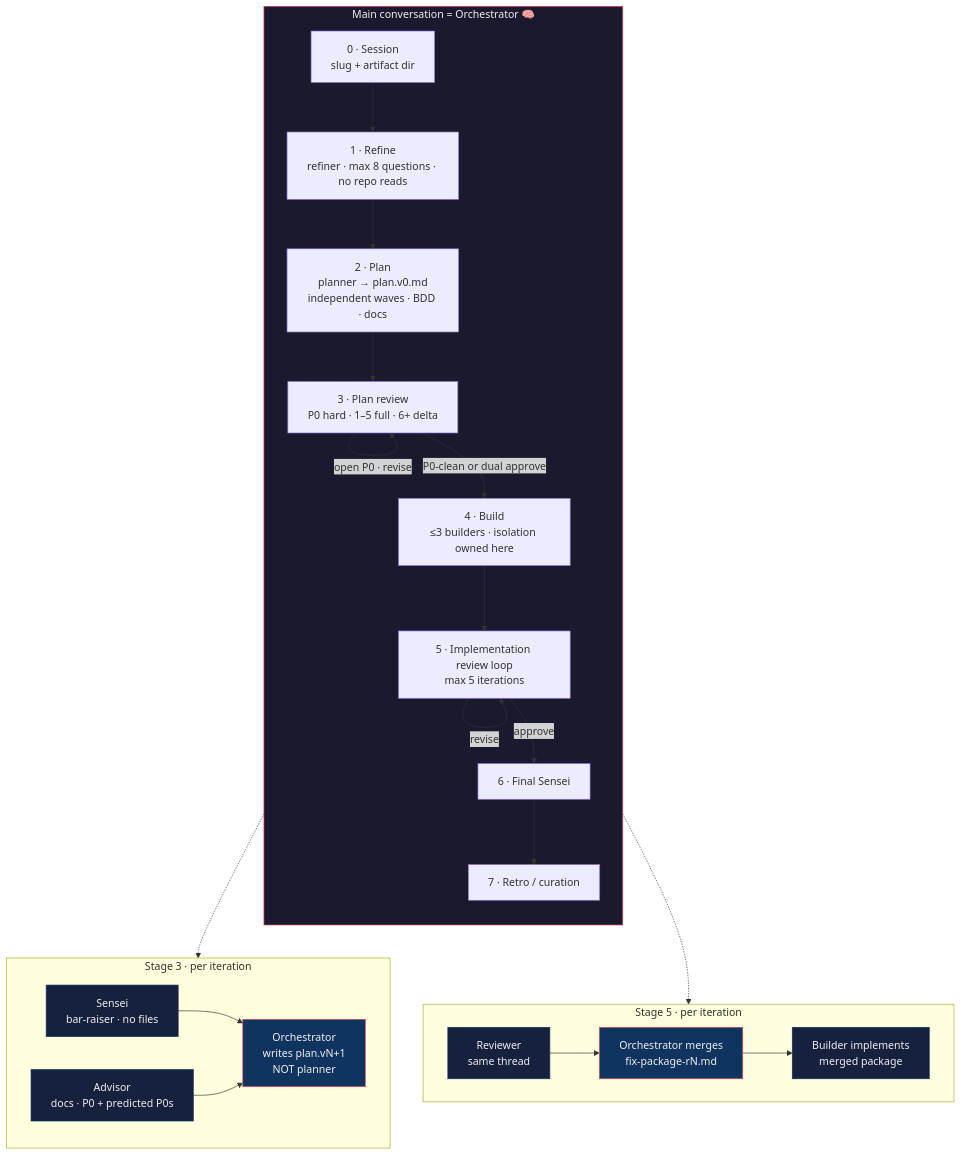
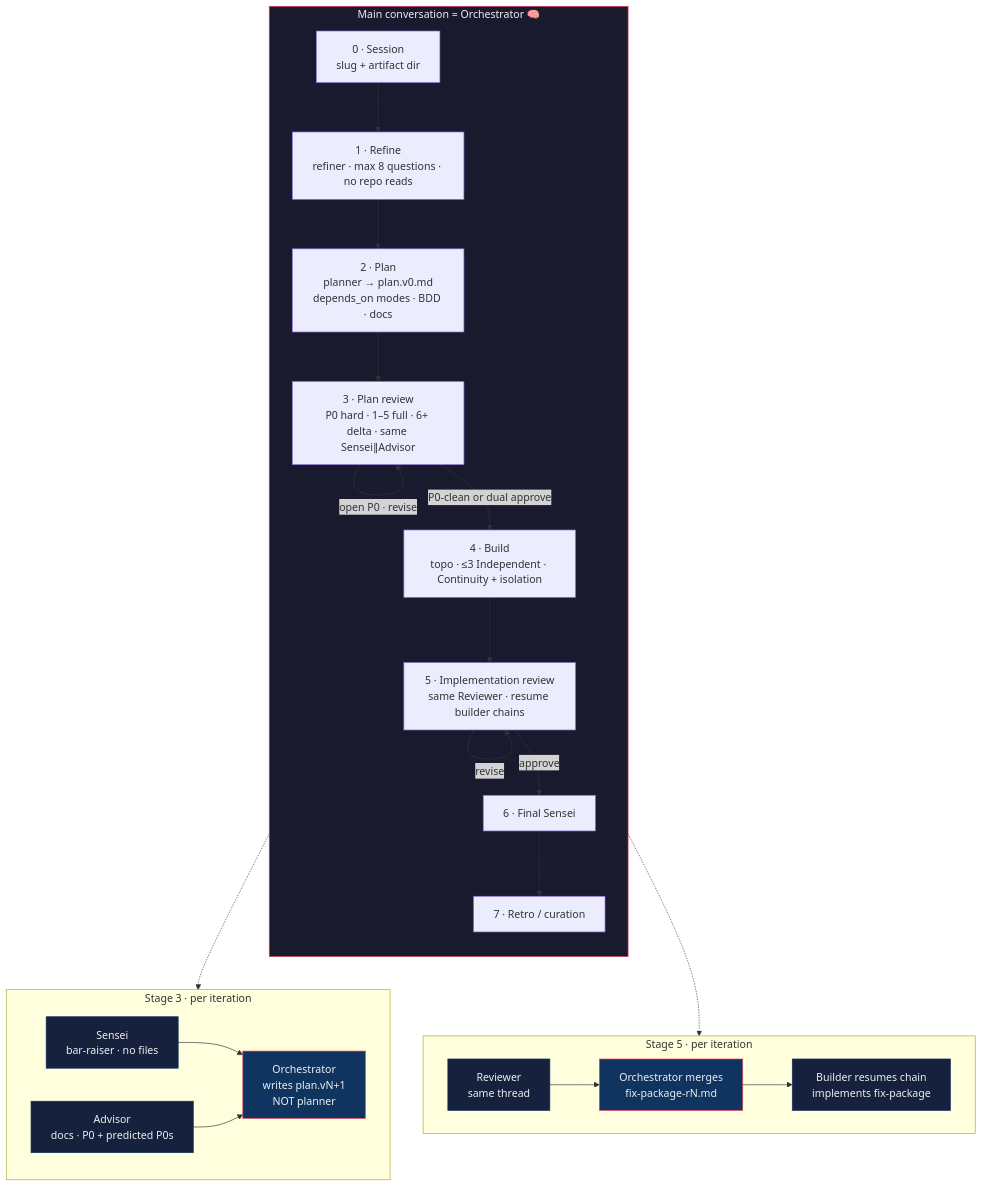
Before and after one commit to Thejuampi/agents: the diagram in README.md, drawn with Mermaid. The commit also changed other lines of this file and 16 other files, not shown here.

First line of the commit message:
feat: Continuity law for dependent tasks (same-session resume)

````diff
--- a/README.md
+++ b/README.md
@@ -46,49 +46,49 @@
 ```mermaid
 flowchart TB
   subgraph MAIN["Main conversation = Orchestrator 🧠"]
     direction TB
     S0["0 · Session<br/>slug + artifact dir"]
     S1["1 · Refine<br/>refiner · max 8 questions · no repo reads"]
-    S2["2 · Plan<br/>planner → plan.v0.md<br/>independent waves · BDD · docs"]
-    S3["3 · Plan review<br/>P0 hard · 1–5 full · 6+ delta"]
-    S4["4 · Build<br/>≤3 builders · isolation owned here"]
-    S5["5 · Implementation review loop<br/>max 5 iterations"]
+    S2["2 · Plan<br/>planner → plan.v0.md<br/>depends_on modes · BDD · docs"]
+    S3["3 · Plan review<br/>P0 hard · 1–5 full · 6+ delta · same Sensei∥Advisor"]
+    S4["4 · Build<br/>topo · ≤3 Independent · Continuity + isolation"]
+    S5["5 · Implementation review<br/>same Reviewer · resume builder chains"]
     S6["6 · Final Sensei"]
     S7["7 · Retro / curation"]
 
     S0 --> S1 --> S2 --> S3
     S3 -->|P0-clean or dual approve| S4
     S3 -->|open P0 · revise| S3
     S4 --> S5
     S5 -->|approve| S6
     S5 -->|revise| S5
     S6 --> S7
   end
 
   subgraph PLAN_REV["Stage 3 · per iteration"]
     direction LR
     SE["Sensei<br/>bar-raiser · no files"]
     AD["Advisor<br/>docs · P0 + predicted P0s"]
     ORC_P["Orchestrator<br/>writes plan.vN+1<br/>NOT planner"]
     SE --> ORC_P
     AD --> ORC_P
   end
 
   subgraph CODE_REV["Stage 5 · per iteration"]
     direction LR
     RV["Reviewer<br/>same thread"]
     MERGE["Orchestrator merges<br/>fix-package-rN.md"]
-    BL["Builder implements<br/>merged package"]
+    BL["Builder resumes chain<br/>implements fix-package"]
     RV --> MERGE --> BL
   end
 
   S3 -.-> PLAN_REV
   S5 -.-> CODE_REV
 
   classDef brain fill:#1a1a2e,stroke:#e94560,color:#eee
   classDef leaf fill:#16213e,stroke:#0f3460,color:#eee
   classDef gate fill:#0f3460,stroke:#e94560,color:#eee
   class MAIN brain
   class SE,AD,RV,BL leaf
   class ORC_P,MERGE gate
 ```
````
